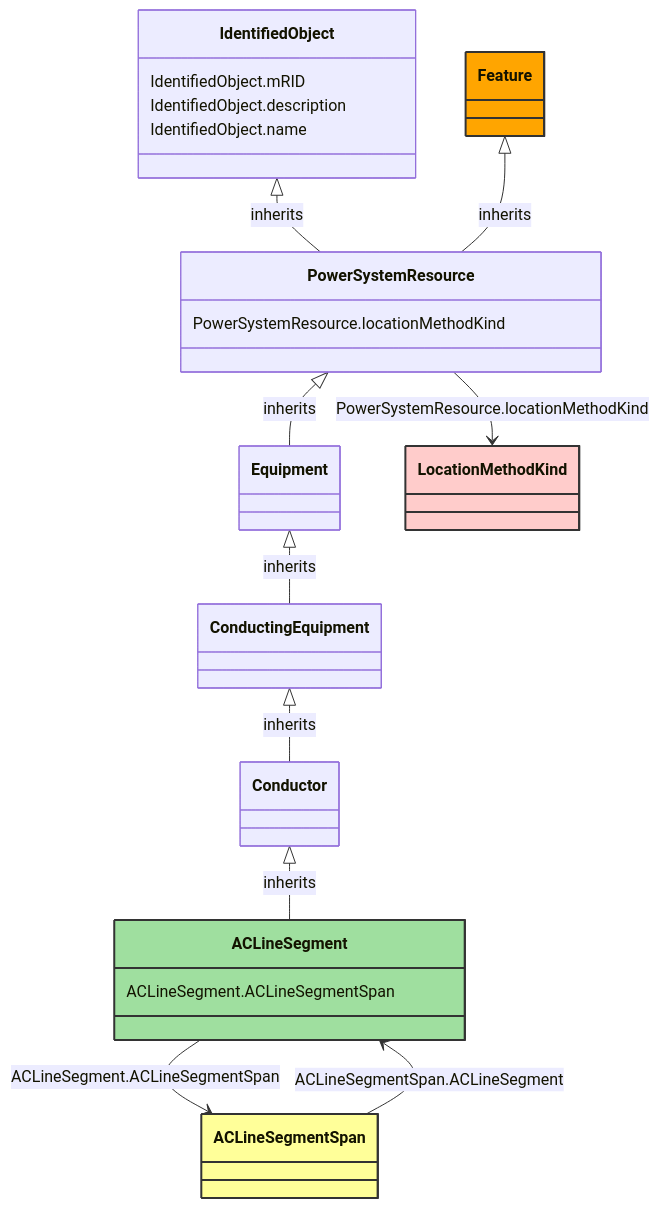
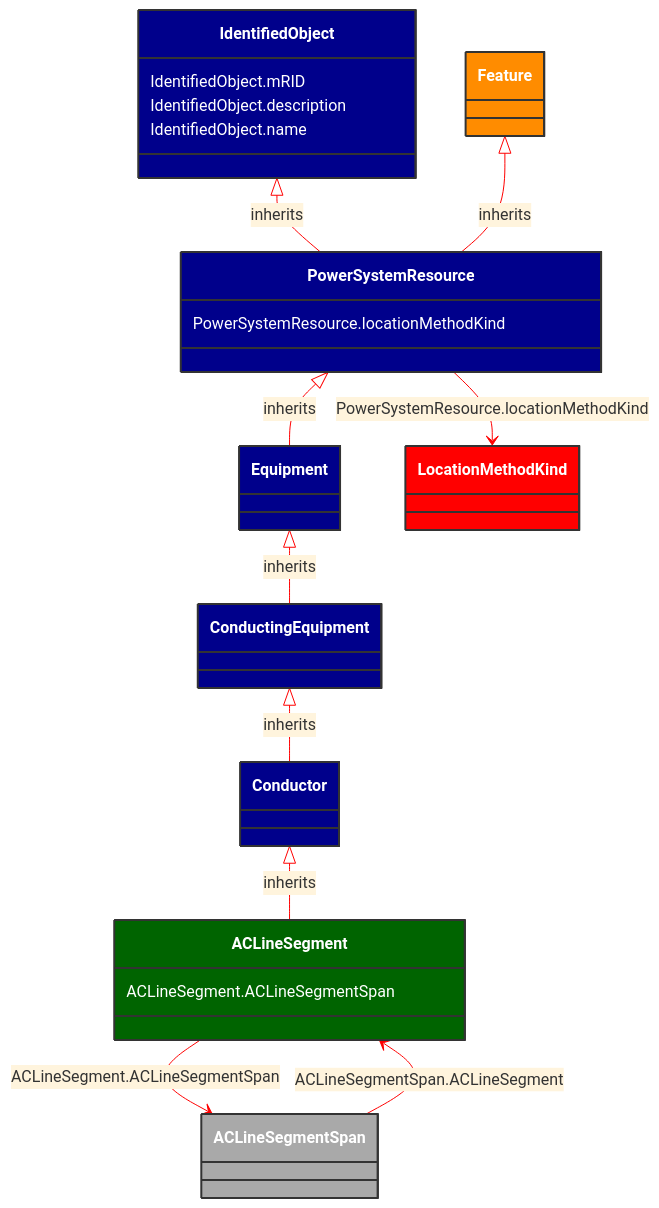
One commit to 3lbits/NoCIMExtensions changed the diagram in docs/Models/Profiles/AviationObstacle/ConcreteClasses/ACLineSegment.md. Above: the diagram before and after it, drawn with Mermaid. The commit also changed 58 other files, not shown here.

````diff
--- a/docs/Models/Profiles/AviationObstacle/ConcreteClasses/ACLineSegment.md
+++ b/docs/Models/Profiles/AviationObstacle/ConcreteClasses/ACLineSegment.md
@@ -8,58 +8,59 @@
 ```mermaid
+%%{init: {'theme':'base','themeVariables': {'lineColor': '#FF0000'}}}%%
 classDiagram
     class ACLineSegment
     click ACLineSegment href "/Models/Profiles/AviationObstacle/ConcreteClasses/ACLineSegment/"
-    style ACLineSegment fill:#9fdf9f,stroke:#333,stroke-width:2px,rx:10,ry:10
+    style ACLineSegment fill:#006400,stroke:#333,stroke-width:2px,rx:10,ry:10,color:white
 
         Conductor <|-- ACLineSegment : inherits
             click Conductor href "/Models/Profiles/AviationObstacle/AbstractClasses/Conductor/"
-            style Conductor rx:10,ry:10
+            style Conductor fill:#00008B,stroke:#333,stroke-width:2px,rx:10,ry:10,color:white
 
         ACLineSegment
             click ACLineSegment href "/Models/Profiles/AviationObstacle/ConcreteClasses/ACLineSegment/"
-            style ACLineSegment rx:10,ry:10
+            style Conductor fill:#00008B,stroke:#333,stroke-width:2px,rx:10,ry:10,color:white
 
         ConductingEquipment <|-- Conductor : inherits
             click ConductingEquipment href "/Models/Profiles/AviationObstacle/AbstractClasses/ConductingEquipment/"
-            style ConductingEquipment rx:10,ry:10
+            style ConductingEquipment fill:#00008B,stroke:#333,stroke-width:2px,rx:10,ry:10,color:white
 
         Equipment <|-- ConductingEquipment : inherits
             click Equipment href "/Models/Profiles/AviationObstacle/AbstractClasses/Equipment/"
-            style Equipment rx:10,ry:10
+            style Equipment fill:#00008B,stroke:#333,stroke-width:2px,rx:10,ry:10,color:white
 
         PowerSystemResource <|-- Equipment : inherits
             click PowerSystemResource href "/Models/Profiles/AviationObstacle/AbstractClasses/PowerSystemResource/"
-            style PowerSystemResource rx:10,ry:10
+            style PowerSystemResource fill:#00008B,stroke:#333,stroke-width:2px,rx:10,ry:10,color:white
 
         IdentifiedObject <|-- PowerSystemResource : inherits
             click IdentifiedObject href "/Models/Profiles/AviationObstacle/AbstractClasses/IdentifiedObject/"
-            style IdentifiedObject rx:10,ry:10
+            style IdentifiedObject fill:#00008B,stroke:#333,stroke-width:2px,rx:10,ry:10,color:white
 
         Feature <|-- PowerSystemResource : inherits
             click Feature href "/Models/Profiles/AviationObstacle/ConcreteClasses/Feature/"
-            style Feature fill:#FFA500,stroke:#333,stroke-width:2px,rx:10,ry:10
+            style Feature fill:#FF8C00,stroke:#333,stroke-width:2px,rx:10,ry:10,color:white
 
         ACLineSegment --> ACLineSegmentSpan : ACLineSegment.ACLineSegmentSpan
 
         ACLineSegmentSpan
             click ACLineSegmentSpan href "/Models/Profiles/AviationObstacle/ConcreteClasses/ACLineSegmentSpan/"
-            style ACLineSegmentSpan fill:#ffff99,stroke:#333,stroke-width:2px,rx:10,ry:10
+            style ACLineSegmentSpan fill:#A9A9A9,stroke:#333,stroke-width:2px,rx:10,ry:10,color:white
 
         ACLineSegmentSpan --> ACLineSegment : ACLineSegmentSpan.ACLineSegment
 
         ACLineSegmentSpan
             click ACLineSegmentSpan href "/Models/Profiles/AviationObstacle/ConcreteClasses/ACLineSegmentSpan/"
-            style ACLineSegmentSpan fill:#ffff99,stroke:#333,stroke-width:2px,rx:10,ry:10
+            style ACLineSegmentSpan fill:#A9A9A9,stroke:#333,stroke-width:2px,rx:10,ry:10,color:white
 
         PowerSystemResource --> LocationMethodKind : PowerSystemResource.locationMethodKind
 
         LocationMethodKind
             click LocationMethodKind href "/Models/Profiles/AviationObstacle/Enumerations/LocationMethodKind/"
-            style LocationMethodKind fill:#FFCCCB,stroke:#333,stroke-width:2px,rx:10,ry:10
+            style LocationMethodKind fill:#FF0000,stroke:#333,stroke-width:2px,rx:10,ry:10,color:white
 
         ACLineSegment : ACLineSegment.ACLineSegmentSpan
         PowerSystemResource : PowerSystemResource.locationMethodKind
         IdentifiedObject : IdentifiedObject.mRID
         IdentifiedObject : IdentifiedObject.description
         IdentifiedObject : IdentifiedObject.name
 ```
````
